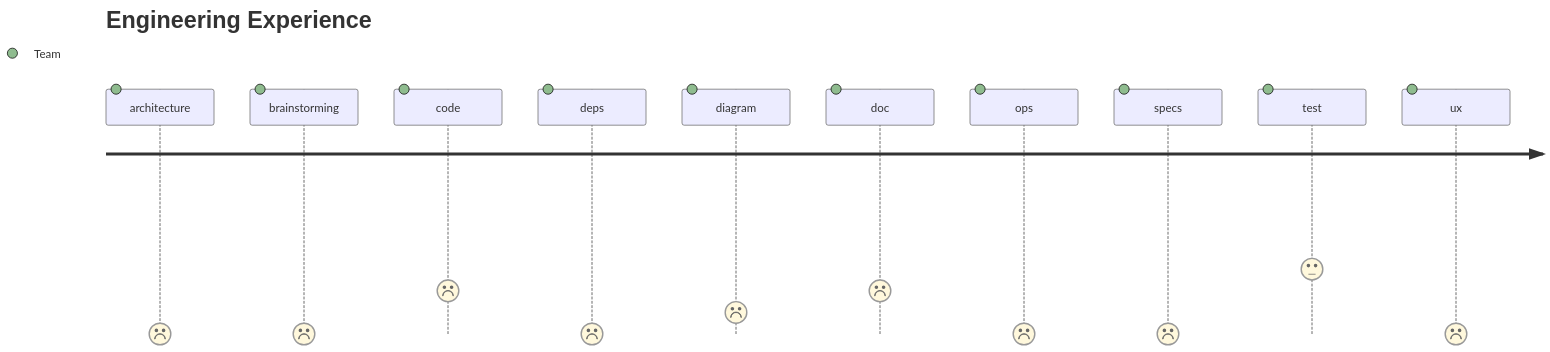
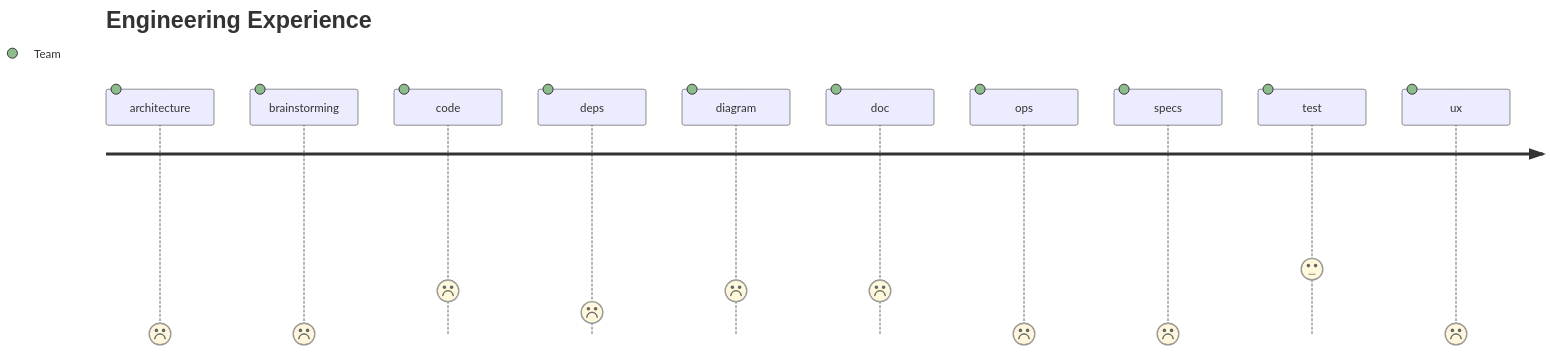
The diagram in SOFTWARE-HEALTH.md (flarebyte/overview), drawn with Mermaid before and after one commit. The commit also changed other lines of this file and 20 other files, not shown here.

````diff
--- a/SOFTWARE-HEALTH.md
+++ b/SOFTWARE-HEALTH.md
@@ -18,15 +18,15 @@
 ```mermaid
 journey
     title Engineering Experience
     architecture: 0: Team
     brainstorming: 0: Team
     code: 2: Team
-    deps: 0: Team
-    diagram: 1: Team
+    deps: 1: Team
+    diagram: 2: Team
     doc: 2: Team
     ops: 0: Team
     specs: 0: Team
     test: 3: Team
     ux: 0: Team
 
 ```
````
